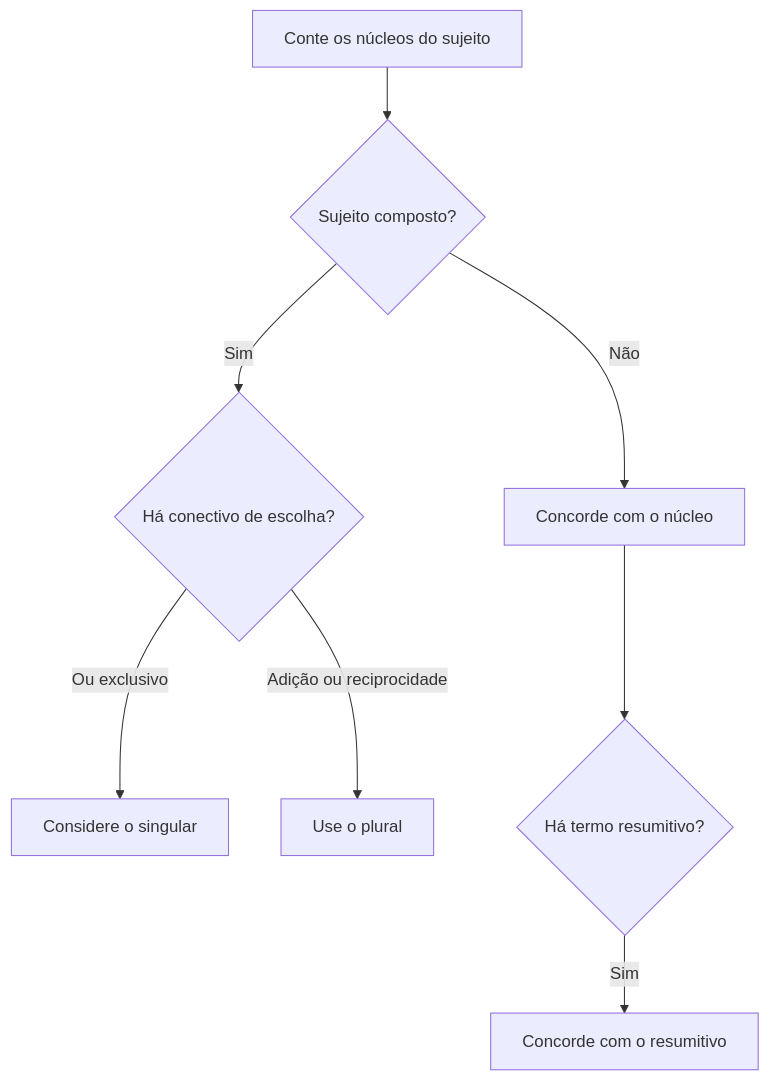
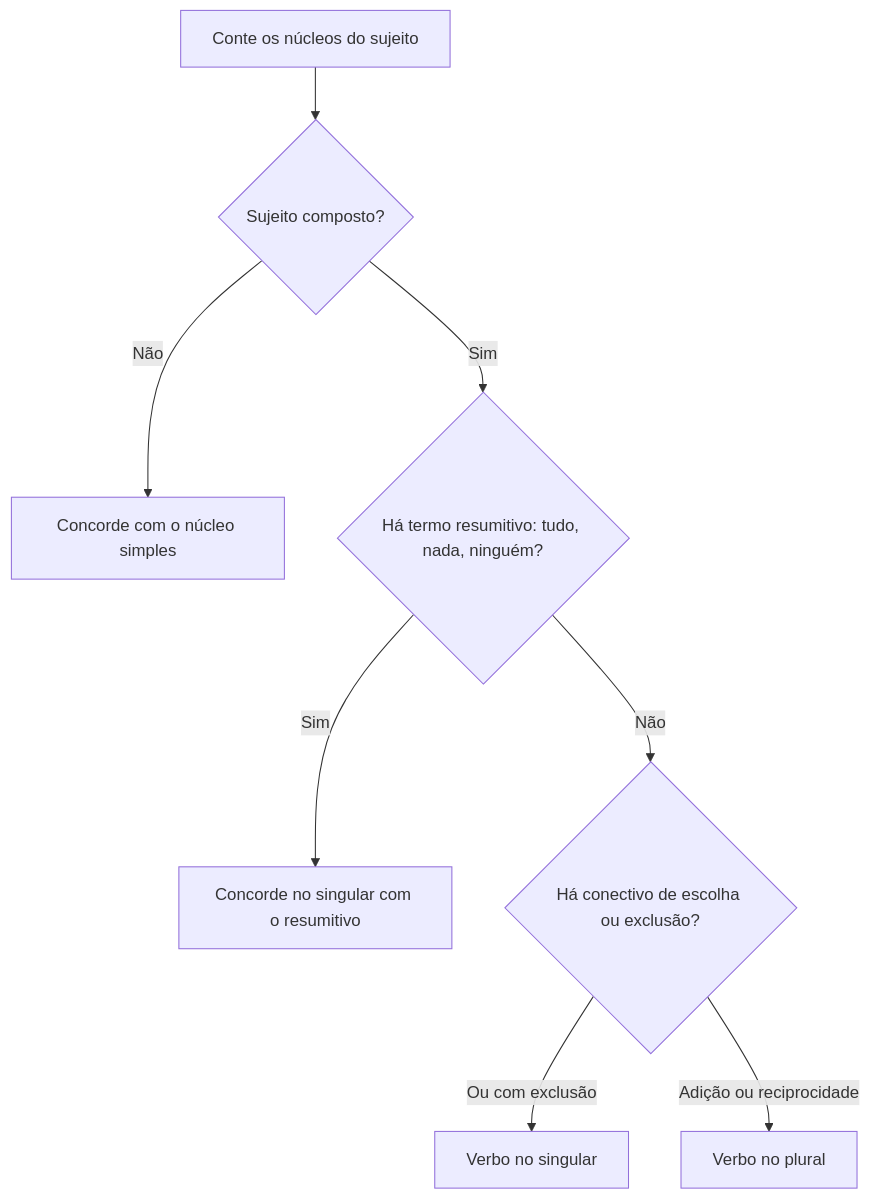
One commit to ValerioFerreira/mentoria-cfo changed the diagram in content/material/lingua-portuguesa/m08/a07-s03.md. Above: the diagram before and after it, drawn with Mermaid. The commit also changed other lines of this file and 63 other files, not shown here.

````diff
--- a/content/material/lingua-portuguesa/m08/a07-s03.md
+++ b/content/material/lingua-portuguesa/m08/a07-s03.md
@@ -120,10 +120,10 @@
 ```mermaid Análise do sujeito composto
 flowchart TD
  A[Conte os núcleos do sujeito] --> B{Sujeito composto?}
- B -->|Não| C[Concorde com o núcleo]
- B -->|Sim| D{Há conectivo de escolha?}
- D -->|Ou exclusivo| E[Considere o singular]
- D -->|Adição ou reciprocidade| F[Use o plural]
- C --> G{Há termo resumitivo?}
- G -->|Sim| H[Concorde com o resumitivo]
+ B -->|Não| C[Concorde com o núcleo simples]
+ B -->|Sim| G{Há termo resumitivo: tudo, nada, ninguém?}
+ G -->|Sim| H[Concorde no singular com o resumitivo]
+ G -->|Não| D{Há conectivo de escolha ou exclusão?}
+ D -->|Ou com exclusão| E[Verbo no singular]
+ D -->|Adição ou reciprocidade| F[Verbo no plural]
 ```
````
